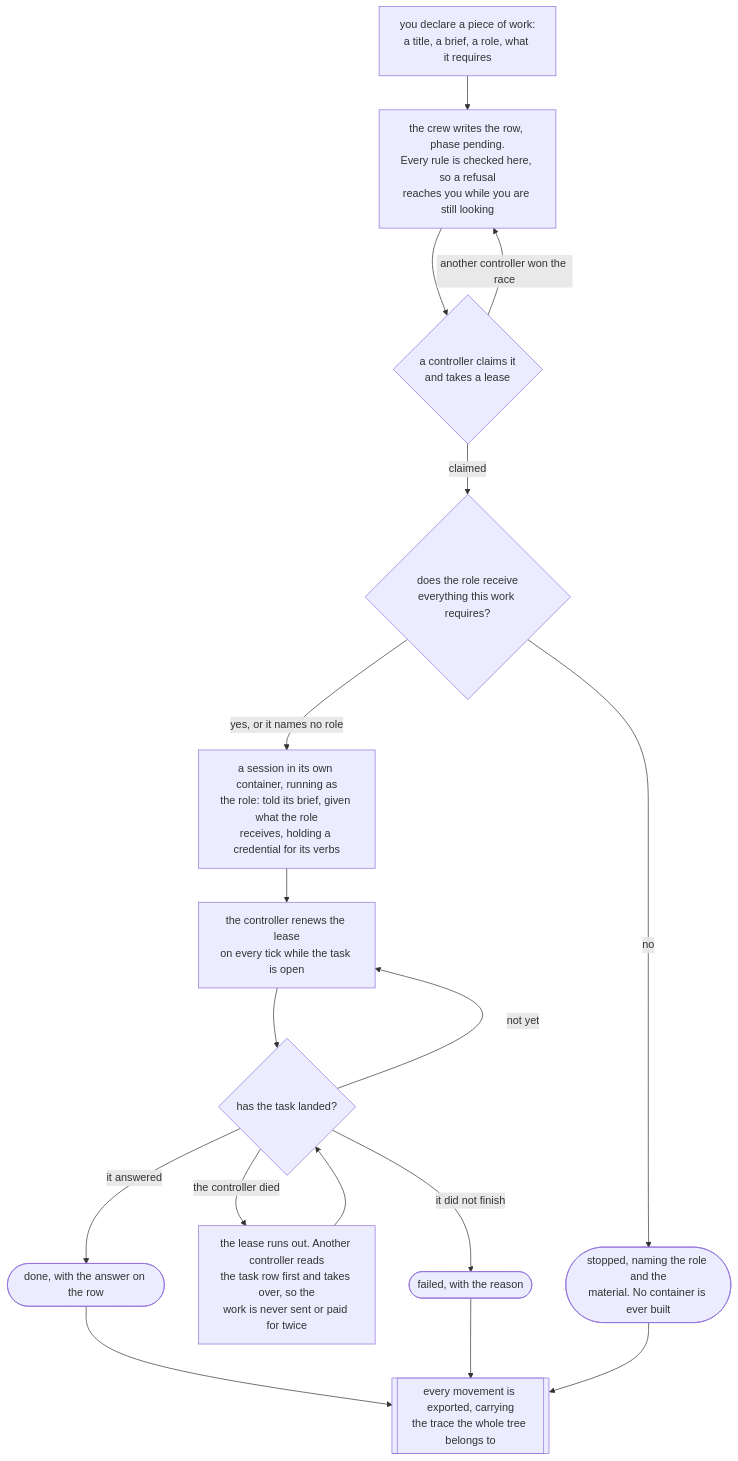
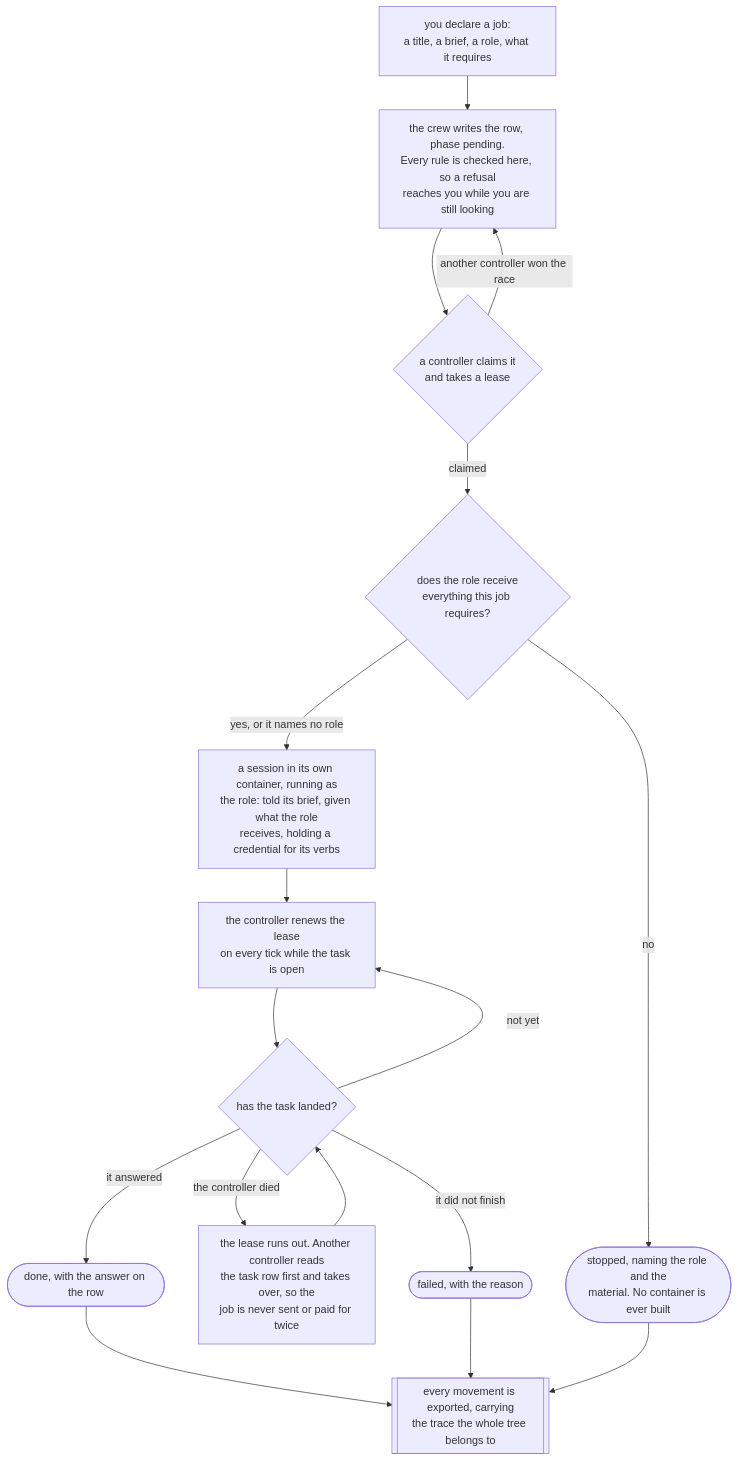
The first of 19 diagrams in docs/ORCHESTRATION.md (atlantic-blue/quay-crew), drawn with Mermaid before and after one commit. The commit also changed other lines of this file and 222 other files, not shown here.

Commit message:
refactor: declared intent is a job, not work

````diff
--- a/docs/ORCHESTRATION.md
+++ b/docs/ORCHESTRATION.md
@@ -145,20 +145,20 @@
 ```mermaid
 flowchart TD
-    DECLARE["you declare a piece of work:<br/>a title, a brief, a role, what it requires"]
+    DECLARE["you declare a job:<br/>a title, a brief, a role, what it requires"]
     DECLARE --> ROW["the crew writes the row, phase pending.<br/>Every rule is checked here, so a refusal<br/>reaches you while you are still looking"]
     ROW --> CLAIM{"a controller claims it<br/>and takes a lease"}
     CLAIM -->|"another controller won the race"| ROW
-    CLAIM -->|"claimed"| RECEIVES{"does the role receive<br/>everything this work requires?"}
+    CLAIM -->|"claimed"| RECEIVES{"does the role receive<br/>everything this job requires?"}
     RECEIVES -->|"no"| STOPPED(["stopped, naming the role and the<br/>material. No container is ever built"])
     RECEIVES -->|"yes, or it names no role"| SESSION["a session in its own container, running as<br/>the role: told its brief, given what the role<br/>receives, holding a credential for its verbs"]
     SESSION --> RENEW["the controller renews the lease<br/>on every tick while the task is open"]
     RENEW --> LANDED{"has the task landed?"}
     LANDED -->|"not yet"| RENEW
-    LANDED -->|"the controller died"| TAKEOVER["the lease runs out. Another controller reads<br/>the task row first and takes over, so the<br/>work is never sent or paid for twice"]
+    LANDED -->|"the controller died"| TAKEOVER["the lease runs out. Another controller reads<br/>the task row first and takes over, so the<br/>job is never sent or paid for twice"]
     TAKEOVER --> LANDED
     LANDED -->|"it answered"| DONE(["done, with the answer on the row"])
     LANDED -->|"it did not finish"| FAILED(["failed, with the reason"])
     DONE --> RECORD[["every movement is exported, carrying<br/>the trace the whole tree belongs to"]]
     FAILED --> RECORD
     STOPPED --> RECORD
 ```
````
